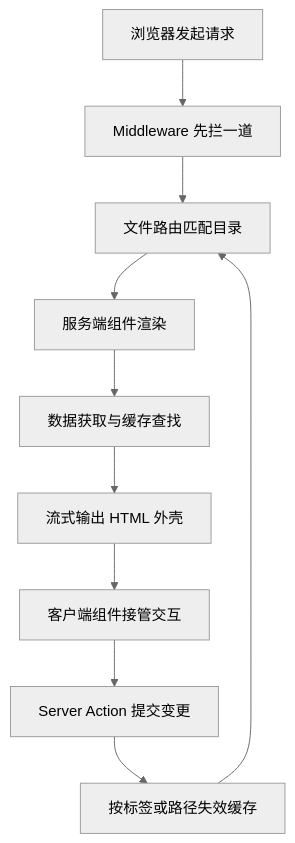
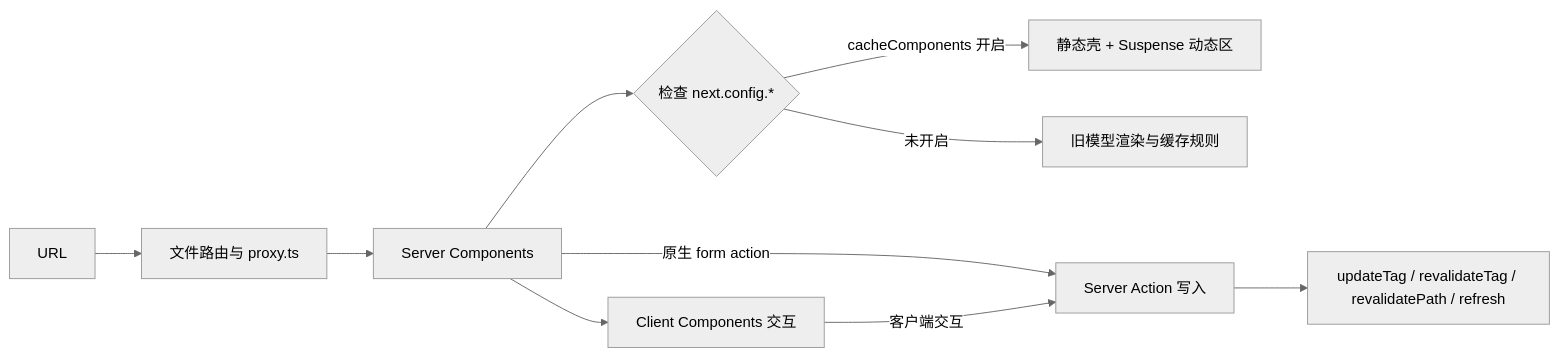
Before and after one commit to Shyu-x/frontend-interview: the diagram in docs/frameworks/nextjs-app-router.md, drawn with Mermaid (neutral theme). The commit also changed other lines of this file and 10 other files, not shown here.

````diff
--- a/docs/frameworks/nextjs-app-router.md
+++ b/docs/frameworks/nextjs-app-router.md
@@ -17,12 +16,12 @@
 ```mermaid
-flowchart TD
-    A["浏览器发起请求"] --> B["Middleware 先拦一道"]
-    B --> C["文件路由匹配目录"]
-    C --> D["服务端组件渲染"]
-    D --> E["数据获取与缓存查找"]
-    E --> F["流式输出 HTML 外壳"]
-    F --> G["客户端组件接管交互"]
-    G --> H["Server Action 提交变更"]
-    H --> I["按标签或路径失效缓存"]
-    I --> C
+flowchart LR
+    A[URL] --> B[文件路由与 proxy.ts]
+    B --> C[Server Components]
+    C --> D{检查 next.config.*}
+    D -->|cacheComponents 开启| E[静态壳 + Suspense 动态区]
+    D -->|未开启| F[旧模型渲染与缓存规则]
+    C --> G[Client Components 交互]
+    C -->|原生 form action| H[Server Action 写入]
+    G -->|客户端交互| H
+    H --> I[updateTag / revalidateTag / revalidatePath / refresh]
 ```
````
